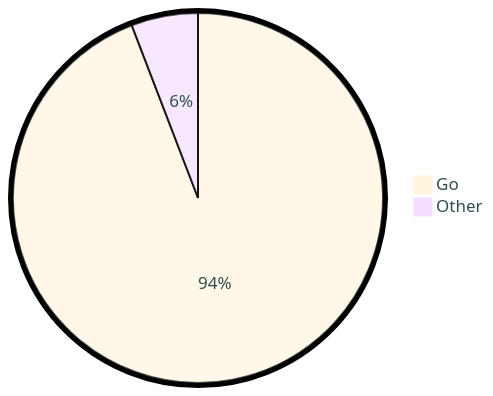
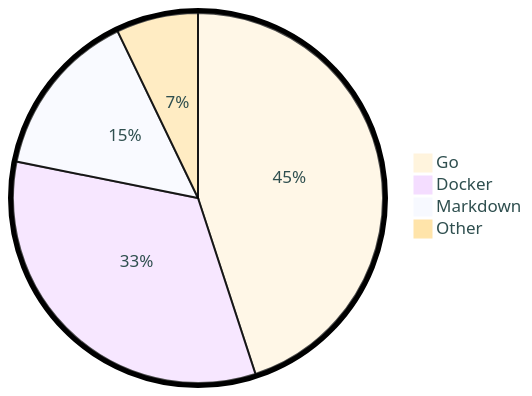
One commit to tot0p/tot0p changed the diagram in README.md. Above: the diagram before and after it, drawn with Mermaid. The commit also changed other lines of this file, not shown here.

````diff
--- a/README.md
+++ b/README.md
@@ -69,6 +71,8 @@
 ```mermaid
 %%{init: {"pie": {"textPosition": 0.5}, "themeVariables": {"pieOuterStrokeWidth": "5px","primaryTextColor" : "#2F4F4F"},"theme":"base"} }%%
 pie
-	"Go": 94.17
-	"Other": 5.83
+	"Go": 44.98
+	"Docker": 33.18
+	"Markdown": 14.7
+	"Other": 7.1499999999999995
 ```
````
